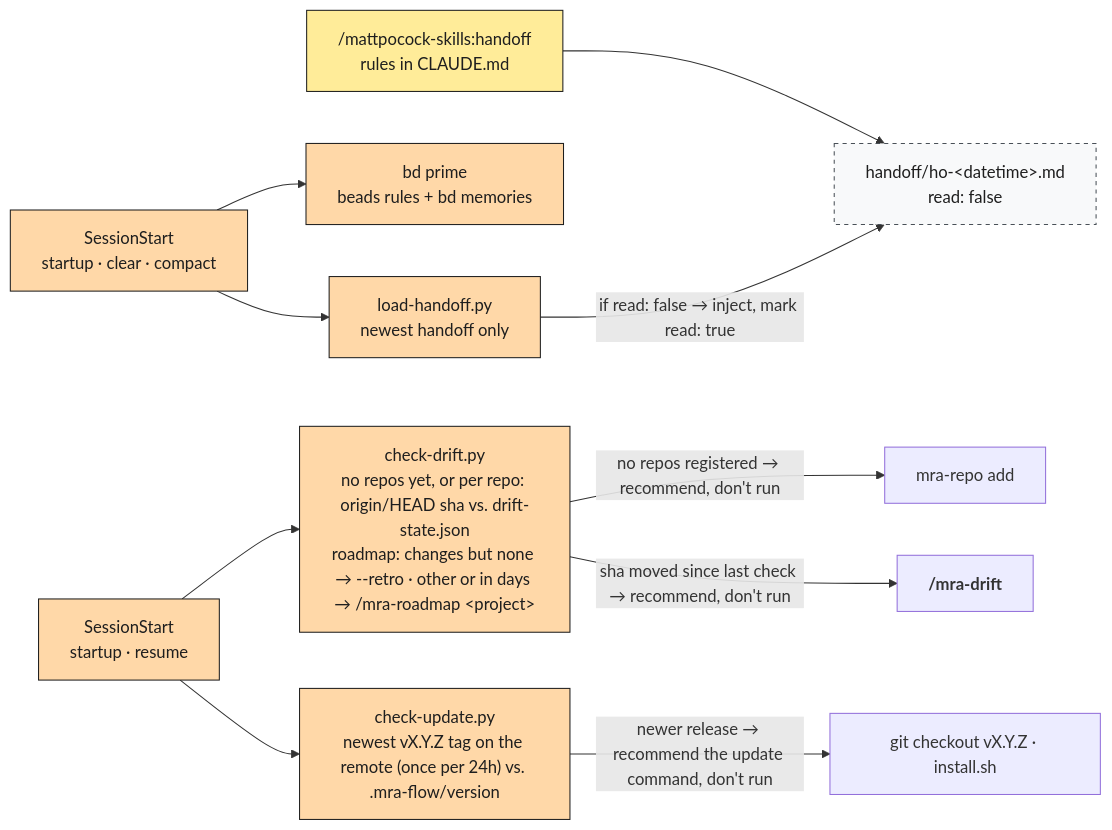
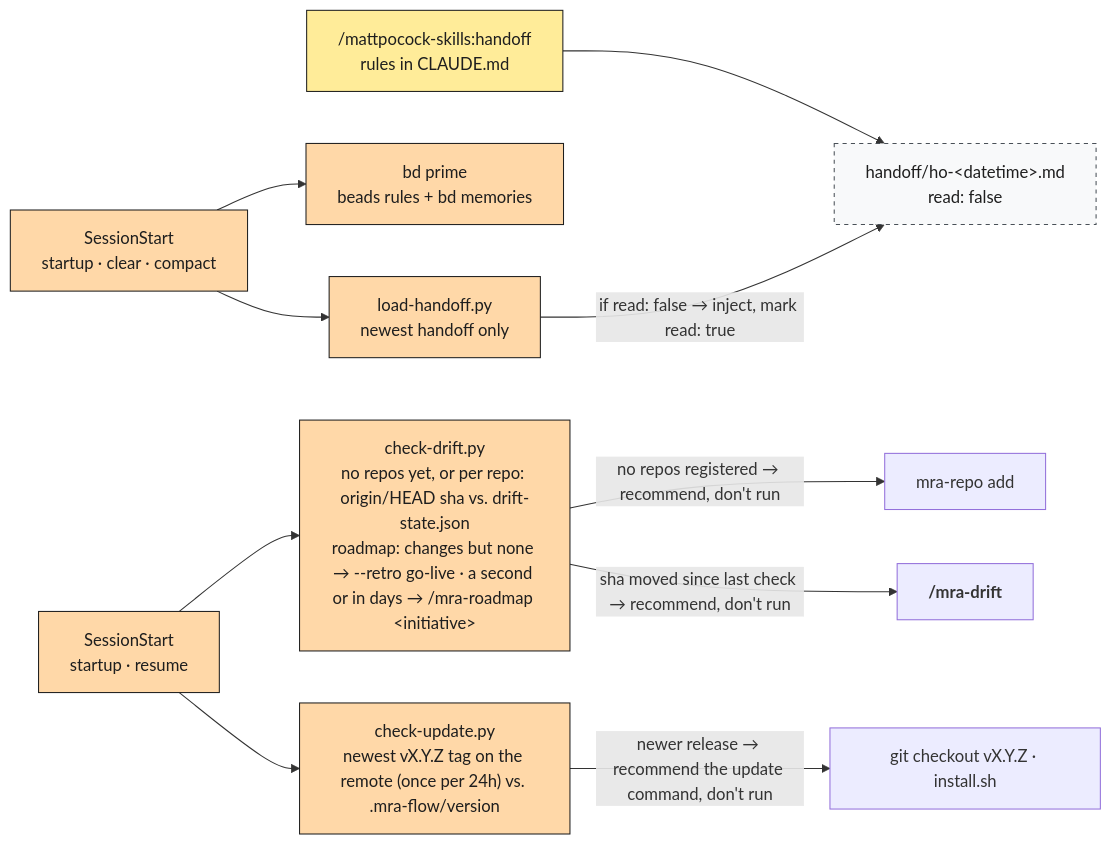
One commit to Ancora-Ancora/mra-flow changed the fifth of 5 diagrams in payload/orchestrator/.mra-flow/docs/mra-flow.md. Above: the diagram before and after it, drawn with Mermaid. The commit also changed other lines of this file and 13 other files, not shown here.

First line of the commit message:
Name the one initiative go-live by default, or as typed on /mra-roadmap

````diff
--- a/payload/orchestrator/.mra-flow/docs/mra-flow.md
+++ b/payload/orchestrator/.mra-flow/docs/mra-flow.md
@@ -260,17 +260,17 @@
 ```mermaid
 %%{init: {"themeCSS": ".t{font-size:1.25em;font-weight:700} .bos,.bsp,.bmp,.bcu{padding:2px 6px} .bos{background:#a5d8ff} .bsp{background:#b2f2bb} .bmp{background:#ffec99} .bcu{background:#d0bfff}"}}%%
 flowchart LR
     classDef mp fill:#ffec99,stroke:#1e1e1e,color:#1e1e1e
     classDef hook fill:#ffd8a8,stroke:#1e1e1e,color:#1e1e1e
     classDef art fill:#f8f9fa,stroke:#495057,stroke-dasharray:4 4,color:#1e1e1e
 
     ho["/mattpocock-skills:handoff<br/>rules in CLAUDE.md"]:::mp --> hf["handoff/ho-#lt;datetime#gt;.md<br/>read: false"]:::art
     ss["SessionStart<br/>startup · clear · compact"]:::hook --> bp["bd prime<br/>beads rules + bd memories"]:::hook
     ss --> lh["load-handoff.py<br/>newest handoff only"]:::hook
     lh -- "if read: false → inject, mark read: true" --> hf
-    ss2["SessionStart<br/>startup · resume"]:::hook --> cd["check-drift.py<br/>no repos yet, or per repo: origin/HEAD sha vs. drift-state.json<br/>roadmap: changes but none → --retro · other or in days → /mra-roadmap #lt;project#gt;"]:::hook
+    ss2["SessionStart<br/>startup · resume"]:::hook --> cd["check-drift.py<br/>no repos yet, or per repo: origin/HEAD sha vs. drift-state.json<br/>roadmap: changes but none → --retro go-live · a second or in days → /mra-roadmap #lt;initiative#gt;"]:::hook
     cd -- "no repos registered → recommend, don't run" --> mr["mra-repo add"]
     cd -- "sha moved since last check → recommend, don't run" --> dr["<b class='t'>/mra-drift</b>"]
     ss2 --> cu["check-update.py<br/>newest vX.Y.Z tag on the remote (once per 24h) vs. .mra-flow/version"]:::hook
     cu -- "newer release → recommend the update command, don't run" --> up["git checkout vX.Y.Z · install.sh"]
 ```
````
